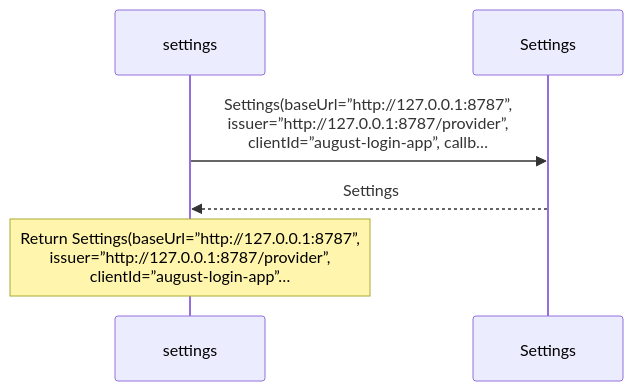
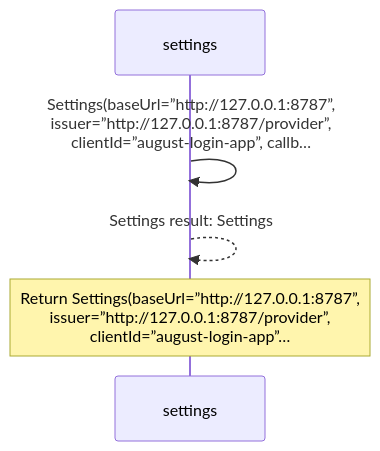
The diagram in docs/examples/oidc-login/common/settings-diagrams.md (GreenPandaStudios/augscript), drawn with Mermaid before and after one commit. The commit also changed other lines of this file and 304 other files, not shown here.

Commit message:
Make generated data-flow sequences concise and review every diagram

````diff
--- a/docs/examples/oidc-login/common/settings-diagrams.md
+++ b/docs/examples/oidc-login/common/settings-diagrams.md
@@ -47,8 +36,8 @@
 ```mermaid
 sequenceDiagram
     participant p0 as settings
-    participant p1 as Settings
-    p0->>p1: Settings(baseUrl=”http://127.0.0.1:8787”,<br/>issuer=”http://127.0.0.1:8787/provider”,<br/>clientId=”august-login-app”, callb…
-    p1-->>p0: Settings
+
+    p0->>p0: Settings(baseUrl=”http://127.0.0.1:8787”,<br/>issuer=”http://127.0.0.1:8787/provider”,<br/>clientId=”august-login-app”, callb…
+    p0-->>p0: Settings result: Settings
     Note over p0: Return Settings(baseUrl=”http://127.0.0.1:8787”,<br/>issuer=”http://127.0.0.1:8787/provider”,<br/>clientId=”august-login-app”…
 ```
````
